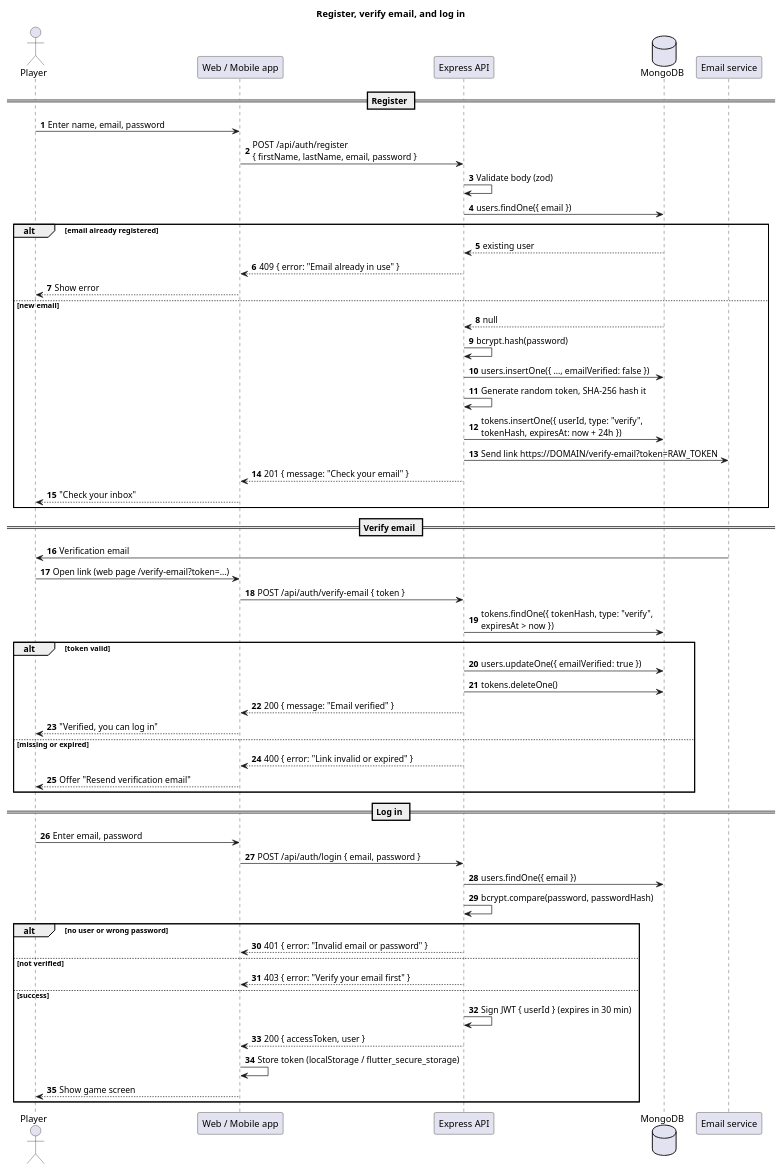
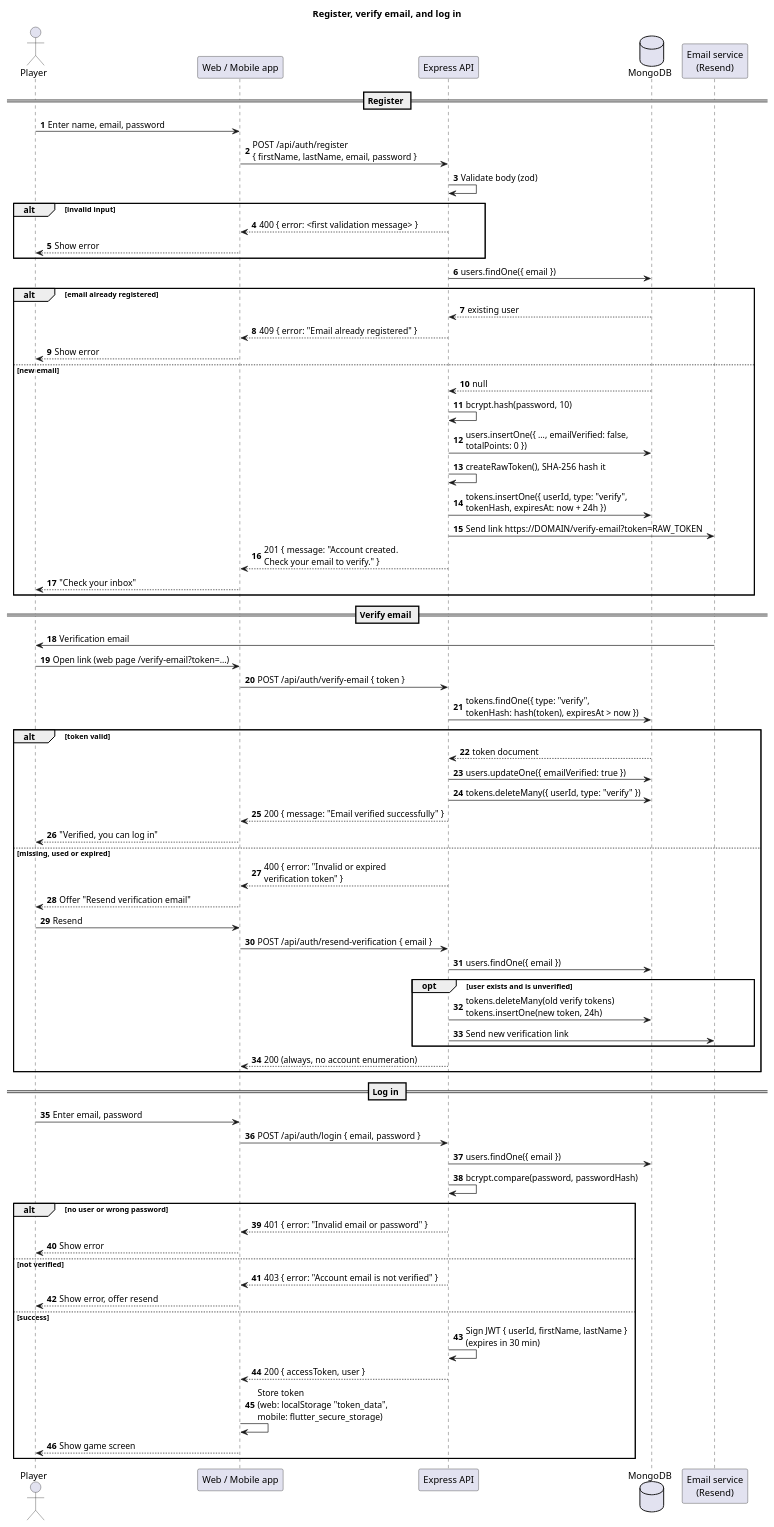
The diagram in docs/diagrams/sequence-register-verify.puml (samborg-dev/COP4331-Large-Project), drawn with PlantUML before and after one commit. The commit also changed 10 other files, not shown here.

```diff
--- a/docs/diagrams/sequence-register-verify.puml
+++ b/docs/diagrams/sequence-register-verify.puml
@@ -1,66 +1,82 @@
 @startuml sequence-register-verify
-' Sequence diagram: register -> verify email -> log in. Owner: Sam; Sebastian checks it against the real API.
+' Sequence diagram: register -> verify email -> log in.
+' Matches apps/api/src/controllers/{register,login}.ts and routes/auth.ts.
 ' Render at https://www.plantuml.com/plantuml or with the VS Code PlantUML extension.
 title Register, verify email, and log in
 
 autonumber
 skinparam shadowing false
 skinparam sequenceMessageAlign left
 
 actor Player
 participant "Web / Mobile app" as App
 participant "Express API" as API
 database "MongoDB" as DB
-participant "Email service" as Mail
+participant "Email service\n(Resend)" as Mail
 
 == Register ==
 Player -> App : Enter name, email, password
 App -> API : POST /api/auth/register\n{ firstName, lastName, email, password }
 API -> API : Validate body (zod)
+alt invalid input
+  API --> App : 400 { error: <first validation message> }
+  App --> Player : Show error
+end
 API -> DB : users.findOne({ email })
 alt email already registered
   DB --> API : existing user
-  API --> App : 409 { error: "Email already in use" }
+  API --> App : 409 { error: "Email already registered" }
   App --> Player : Show error
 else new email
   DB --> API : null
-  API -> API : bcrypt.hash(password)
-  API -> DB : users.insertOne({ ..., emailVerified: false })
-  API -> API : Generate random token, SHA-256 hash it
+  API -> API : bcrypt.hash(password, 10)
+  API -> DB : users.insertOne({ ..., emailVerified: false,\ntotalPoints: 0 })
+  API -> API : createRawToken(), SHA-256 hash it
   API -> DB : tokens.insertOne({ userId, type: "verify",\ntokenHash, expiresAt: now + 24h })
   API -> Mail : Send link https://DOMAIN/verify-email?token=RAW_TOKEN
-  API --> App : 201 { message: "Check your email" }
+  API --> App : 201 { message: "Account created.\nCheck your email to verify." }
   App --> Player : "Check your inbox"
 end
 
 == Verify email ==
 Mail -> Player : Verification email
 Player -> App : Open link (web page /verify-email?token=...)
 App -> API : POST /api/auth/verify-email { token }
-API -> DB : tokens.findOne({ tokenHash, type: "verify",\nexpiresAt > now })
+API -> DB : tokens.findOne({ type: "verify",\ntokenHash: hash(token), expiresAt > now })
 alt token valid
+  DB --> API : token document
   API -> DB : users.updateOne({ emailVerified: true })
-  API -> DB : tokens.deleteOne()
-  API --> App : 200 { message: "Email verified" }
+  API -> DB : tokens.deleteMany({ userId, type: "verify" })
+  API --> App : 200 { message: "Email verified successfully" }
   App --> Player : "Verified, you can log in"
-else missing or expired
-  API --> App : 400 { error: "Link invalid or expired" }
+else missing, used or expired
+  API --> App : 400 { error: "Invalid or expired\nverification token" }
   App --> Player : Offer "Resend verification email"
+  Player -> App : Resend
+  App -> API : POST /api/auth/resend-verification { email }
+  API -> DB : users.findOne({ email })
+  opt user exists and is unverified
+    API -> DB : tokens.deleteMany(old verify tokens)\ntokens.insertOne(new token, 24h)
+    API -> Mail : Send new verification link
+  end
+  API --> App : 200 (always, no account enumeration)
 end
 
 == Log in ==
 Player -> App : Enter email, password
 App -> API : POST /api/auth/login { email, password }
 API -> DB : users.findOne({ email })
 API -> API : bcrypt.compare(password, passwordHash)
 alt no user or wrong password
   API --> App : 401 { error: "Invalid email or password" }
+  App --> Player : Show error
 else not verified
-  API --> App : 403 { error: "Verify your email first" }
+  API --> App : 403 { error: "Account email is not verified" }
+  App --> Player : Show error, offer resend
 else success
-  API -> API : Sign JWT { userId } (expires in 30 min)
+  API -> API : Sign JWT { userId, firstName, lastName }\n(expires in 30 min)
   API --> App : 200 { accessToken, user }
-  App -> App : Store token (localStorage / flutter_secure_storage)
+  App -> App : Store token\n(web: localStorage "token_data",\nmobile: flutter_secure_storage)
   App --> Player : Show game screen
 end
 @enduml
```
